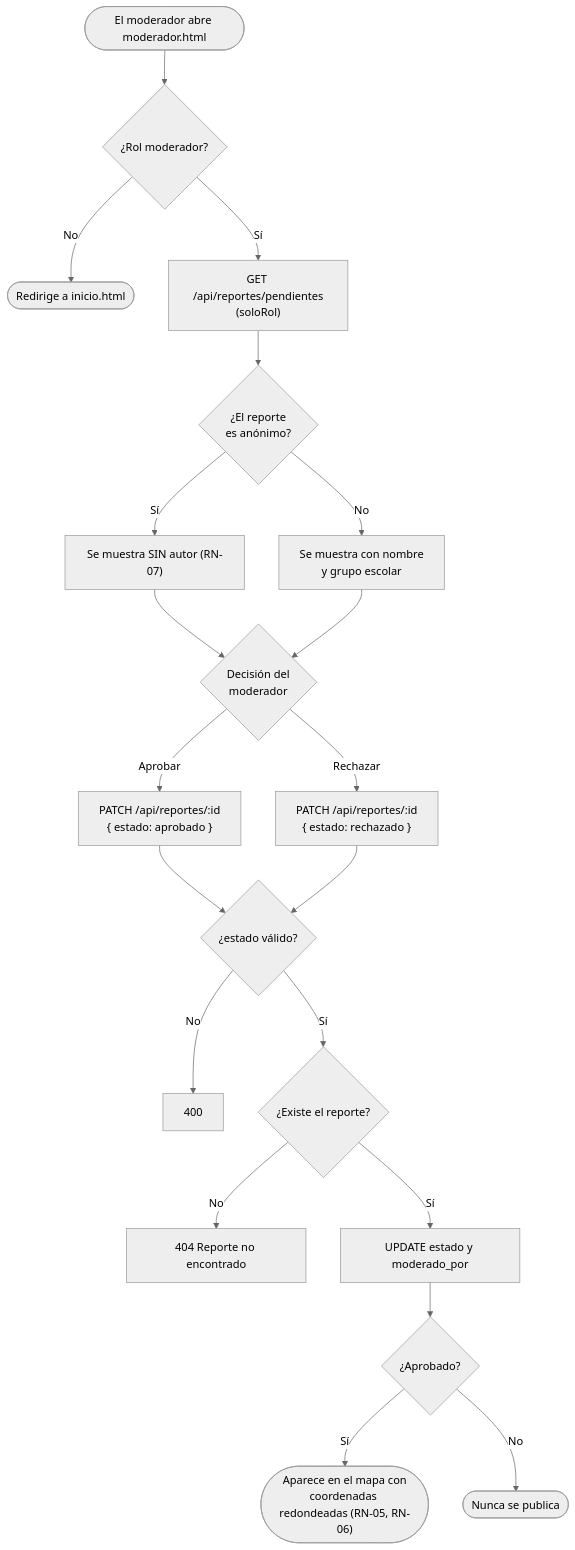
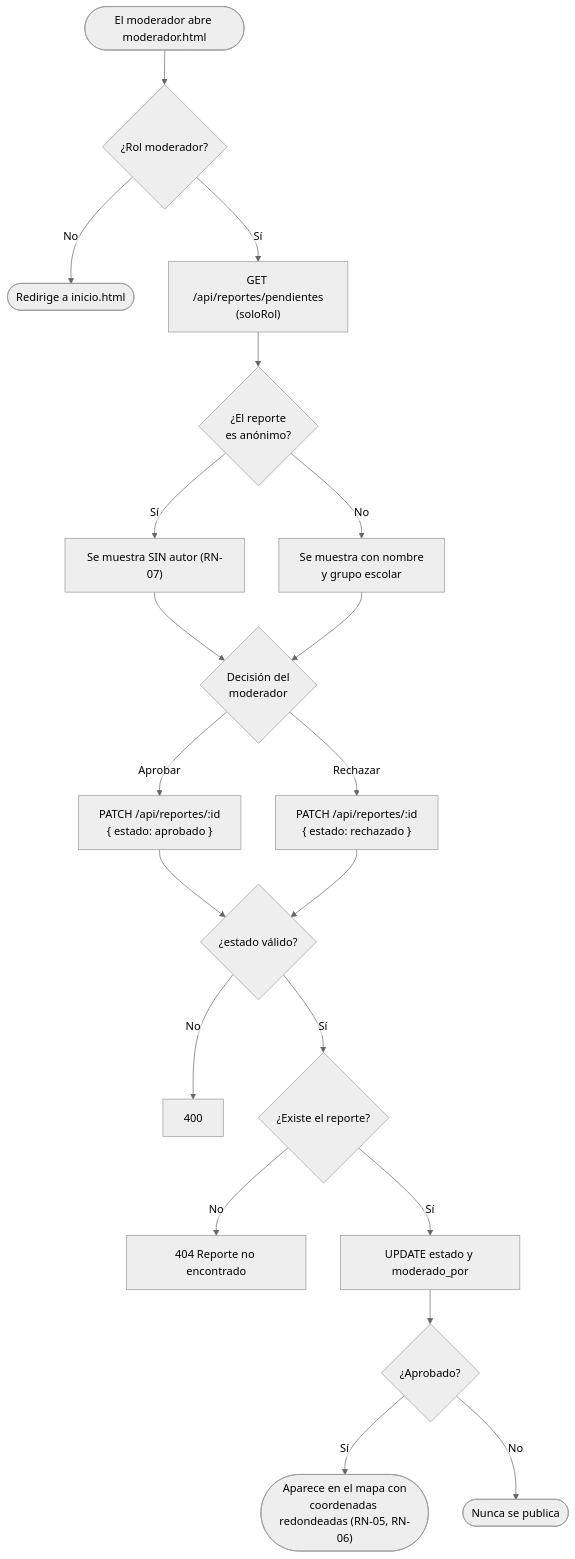
Before and after one commit to sergiodev3/app-seguridad-escolar-psql: the seventh of 10 diagrams in README.md, drawn with Mermaid (neutral theme). The commit also changed other lines of this file, not shown here.

Commit message:
docs: render mermaid flowchart labels as SVG to avoid clipped text

````diff
--- a/README.md
+++ b/README.md
@@ -312,20 +315,21 @@
 ```mermaid
+%%{init: {"flowchart": {"htmlLabels": false}}}%%
 flowchart TD
     A([El moderador abre moderador.html]) --> R{¿Rol moderador?}
     R -- No --> IN([Redirige a inicio.html])
     R -- Sí --> P["GET /api/reportes/pendientes<br/>(soloRol)"]
     P --> AN{¿El reporte<br/>es anónimo?}
     AN -- Sí --> SN["Se muestra SIN autor (RN-07)"]
     AN -- No --> CN["Se muestra con nombre<br/>y grupo escolar"]
     SN & CN --> D{"Decisión del<br/>moderador"}
     D -- Aprobar --> PA["PATCH /api/reportes/:id<br/>{ estado: aprobado }"]
     D -- Rechazar --> PR["PATCH /api/reportes/:id<br/>{ estado: rechazado }"]
     PA & PR --> V{"¿estado válido?"}
     V -- No --> E400["400"]
     V -- Sí --> X{¿Existe el reporte?}
     X -- No --> E404["404 Reporte no encontrado"]
     X -- Sí --> UP["UPDATE estado y moderado_por"]
     UP --> Q{¿Aprobado?}
     Q -- Sí --> MAP(["Aparece en el mapa con<br/>coordenadas redondeadas (RN-05, RN-06)"])
     Q -- No --> NO(["Nunca se publica"])
 ```
````
